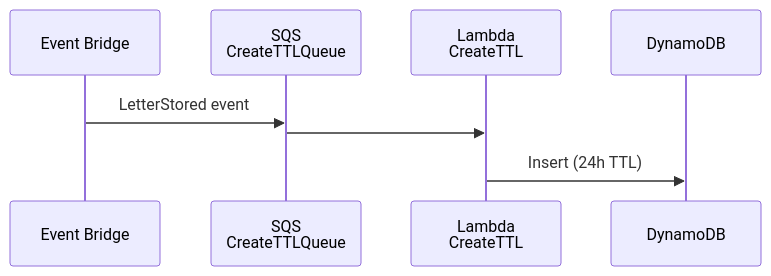
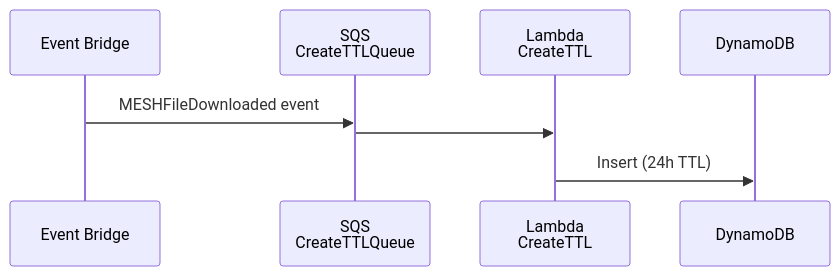
One commit to RossBugginsNHS/nhs-notify-digital-letters changed the diagram in docs/diagrams/create-print-ttl-sequence.md. Above: the diagram before and after it, drawn with Mermaid. The commit also changed 6 other files, not shown here.

First line of the commit message:
CCM-12272: Added diagrams for mesh status reports (#65)

````diff
--- a/docs/diagrams/create-print-ttl-sequence.md
+++ b/docs/diagrams/create-print-ttl-sequence.md
@@ -14,12 +14,12 @@
 ```mermaid
 sequenceDiagram
   participant eb as Event Bridge
   participant sqs as SQS<br/>CreateTTLQueue
   participant createTTL as Lambda<br/>CreateTTL
   participant dynamo as DynamoDB
 
 
-  eb ->> sqs: LetterStored event
+  eb ->> sqs: MESHFileDownloaded event
   sqs ->> createTTL:
   createTTL ->> dynamo: Insert (24h TTL)
 ```
````
